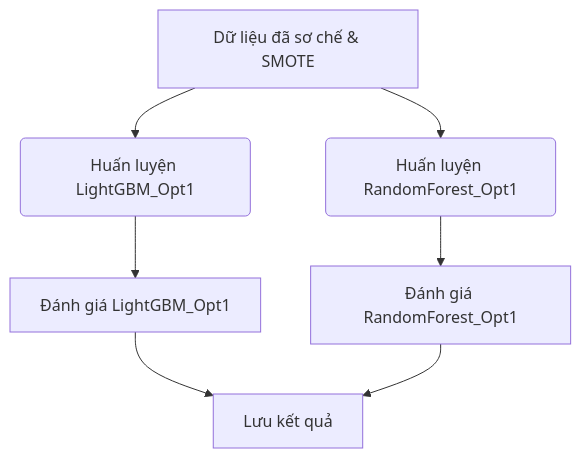
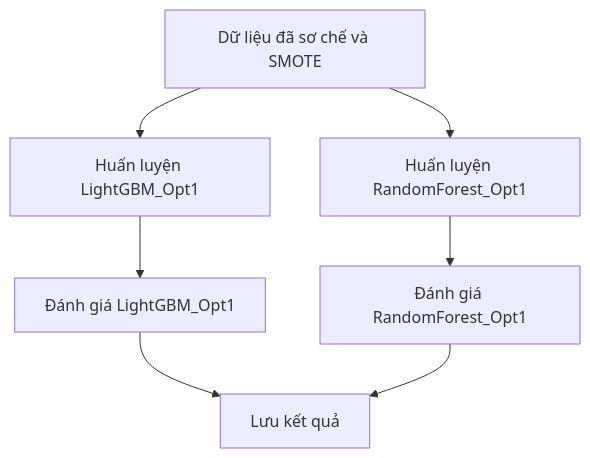
One commit to ShayNeeo/confess-crush changed the second of 3 diagrams in round2.2.md. Above: the diagram before and after it, drawn with Mermaid. The commit also changed other lines of this file, not shown here.

````diff
--- a/round2.2.md
+++ b/round2.2.md
@@ -114,9 +114,9 @@
             ```mermaid
             graph TD
-                A[Dữ liệu đã sơ chế & SMOTE] --> B(Huấn luyện LightGBM_Opt1);
+                A[Dữ liệu đã sơ chế và SMOTE] --> B[Huấn luyện LightGBM_Opt1];
                 B --> C[Đánh giá LightGBM_Opt1];
-                A --> D(Huấn luyện RandomForest_Opt1);
+                A --> D[Huấn luyện RandomForest_Opt1];
                 D --> E[Đánh giá RandomForest_Opt1];
                 C --> F[Lưu kết quả];
                 E --> F;
             ```
````
